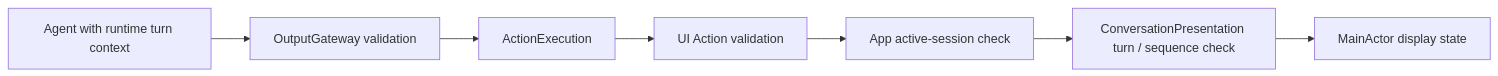
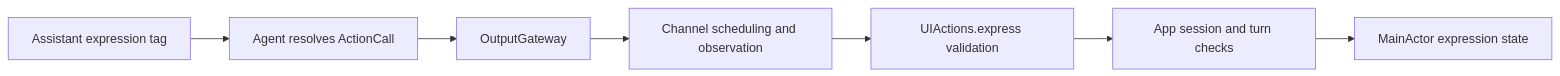
Before and after one commit to devilyouwei/MobileHarness: the diagram in MobileHarness/Actions/UI/README.md, drawn with Mermaid. The commit also changed other lines of this file and 109 other files, not shown here.

First line of the commit message:
Add scheduled action presentation and fix NexArm head gesture handoff

````diff
--- a/MobileHarness/Actions/UI/README.md
+++ b/MobileHarness/Actions/UI/README.md
@@ -29,9 +12,9 @@
 ```mermaid
 flowchart LR
-    Agent[Agent with runtime turn context] --> Gateway[OutputGateway validation]
-    Gateway --> Runtime[ActionExecution]
-    Runtime --> Action[UI Action validation]
-    Action --> Session[App active-session check]
-    Session --> Turn[ConversationPresentation turn / sequence check]
-    Turn --> View[MainActor display state]
+    Model[Assistant expression tag] --> Resolve[Agent resolves ActionCall]
+    Resolve --> Gateway[OutputGateway]
+    Gateway --> Scheduler[Channel scheduling and observation]
+    Scheduler --> Validate[UIActions.express validation]
+    Validate --> Endpoint[App session and turn checks]
+    Endpoint --> State[MainActor expression state]
 ```
````
